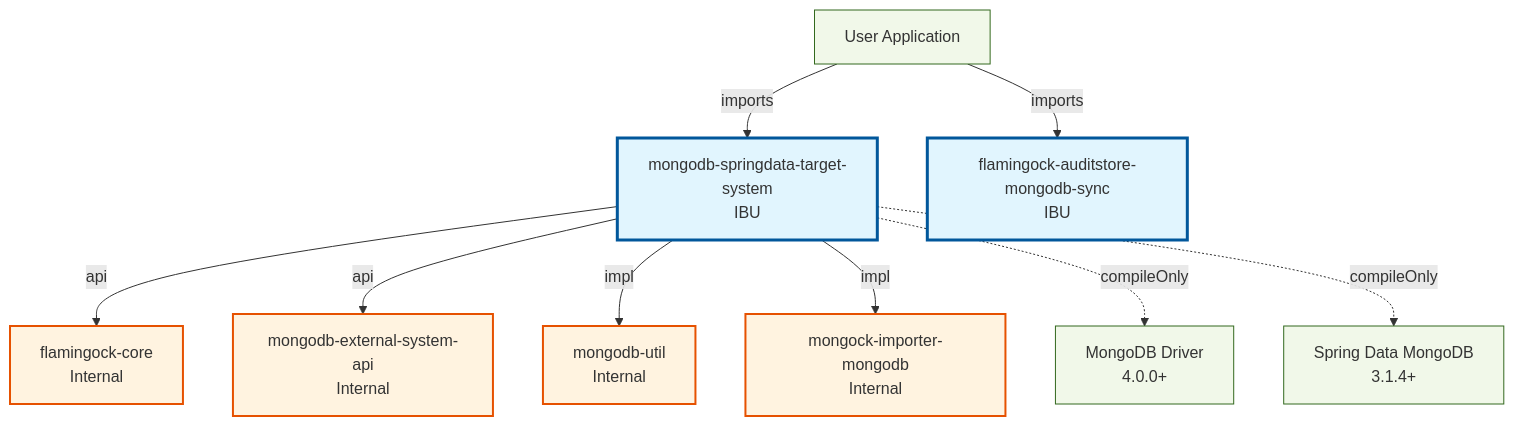
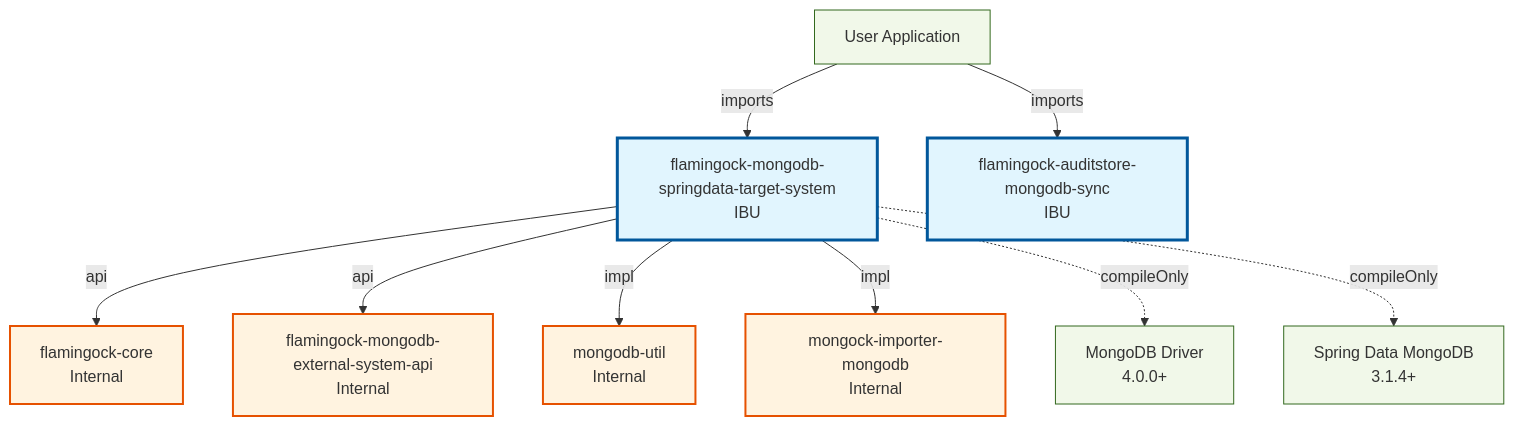
One commit to flamingock/flamingock-java changed the fourth of 7 diagrams in docs/ARCHITECTURE_OVERVIEW.md. Above: the diagram before and after it, drawn with Mermaid. The commit also changed other lines of this file and 92 other files, not shown here.

````diff
--- a/docs/ARCHITECTURE_OVERVIEW.md
+++ b/docs/ARCHITECTURE_OVERVIEW.md
@@ -522,27 +522,27 @@
 ```mermaid
 graph TB
     classDef ibu fill:#e1f5fe,stroke:#01579b,stroke-width:3px
     classDef ubu fill:#f3e5f5,stroke:#4a148c,stroke-width:3px
     classDef internal fill:#fff3e0,stroke:#e65100,stroke-width:2px
     classDef external fill:#f1f8e9,stroke:#33691e,stroke-width:1px
 
     User[User Application]:::external
-    User -->|imports| mongodb-springdata-target-system
+    User -->|imports| flamingock-mongodb-springdata-target-system
     User -->|imports| flamingock-auditstore-mongodb-sync
 
-    mongodb-springdata-target-system[mongodb-springdata-target-system<br/>IBU]:::ibu
+    flamingock-mongodb-springdata-target-system[flamingock-mongodb-springdata-target-system<br/>IBU]:::ibu
     flamingock-auditstore-mongodb-sync[flamingock-auditstore-mongodb-sync<br/>IBU]:::ibu
-    mongodb-external-system-api[mongodb-external-system-api<br/>Internal]:::internal
+    flamingock-mongodb-external-system-api[flamingock-mongodb-external-system-api<br/>Internal]:::internal
     flamingock-core[flamingock-core<br/>Internal]:::internal
     mongodb-util[mongodb-util<br/>Internal]:::internal
     mongock-importer-mongodb[mongock-importer-mongodb<br/>Internal]:::internal
     MongoDriver[MongoDB Driver<br/>4.0.0+]:::external
     SpringData[Spring Data MongoDB<br/>3.1.4+]:::external
 
-    mongodb-springdata-target-system -->|api| flamingock-core
-    mongodb-springdata-target-system -->|api| mongodb-external-system-api
-    mongodb-springdata-target-system -->|impl| mongodb-util
-    mongodb-springdata-target-system -->|impl| mongock-importer-mongodb
-    mongodb-springdata-target-system -.->|compileOnly| MongoDriver
-    mongodb-springdata-target-system -.->|compileOnly| SpringData
+    flamingock-mongodb-springdata-target-system -->|api| flamingock-core
+    flamingock-mongodb-springdata-target-system -->|api| flamingock-mongodb-external-system-api
+    flamingock-mongodb-springdata-target-system -->|impl| mongodb-util
+    flamingock-mongodb-springdata-target-system -->|impl| mongock-importer-mongodb
+    flamingock-mongodb-springdata-target-system -.->|compileOnly| MongoDriver
+    flamingock-mongodb-springdata-target-system -.->|compileOnly| SpringData
 ```
````
